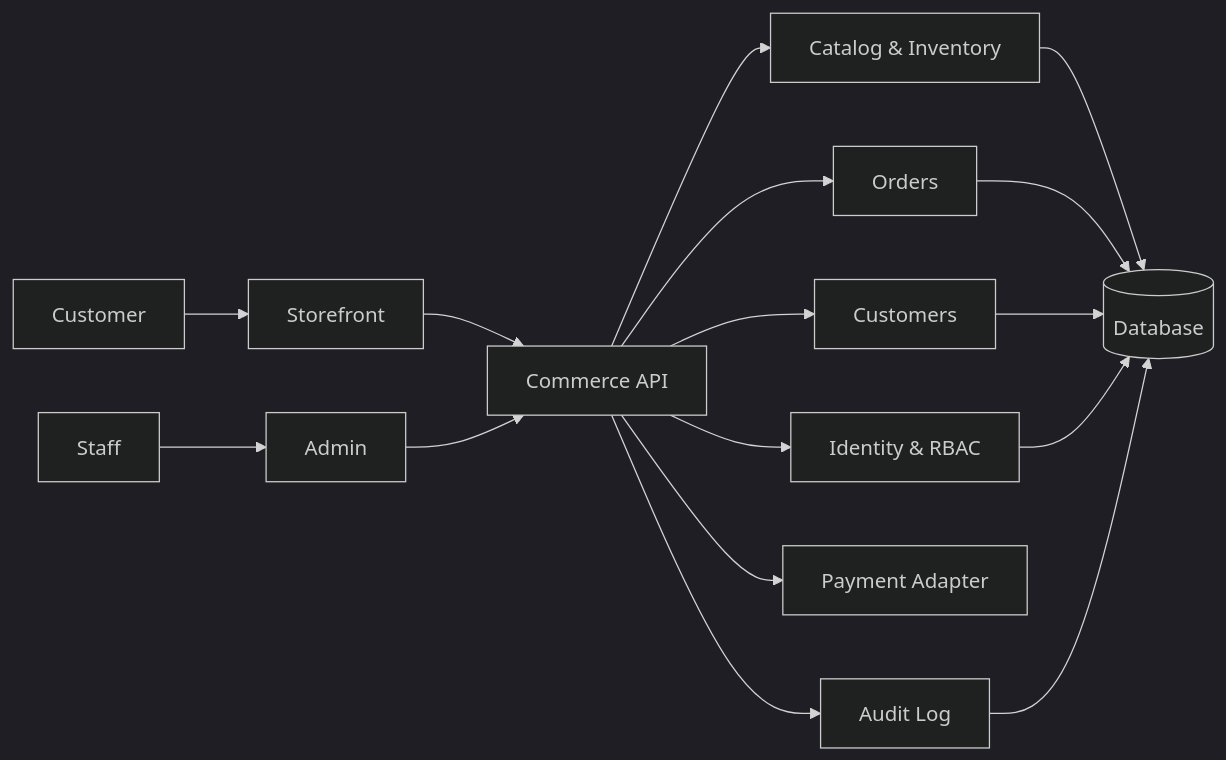
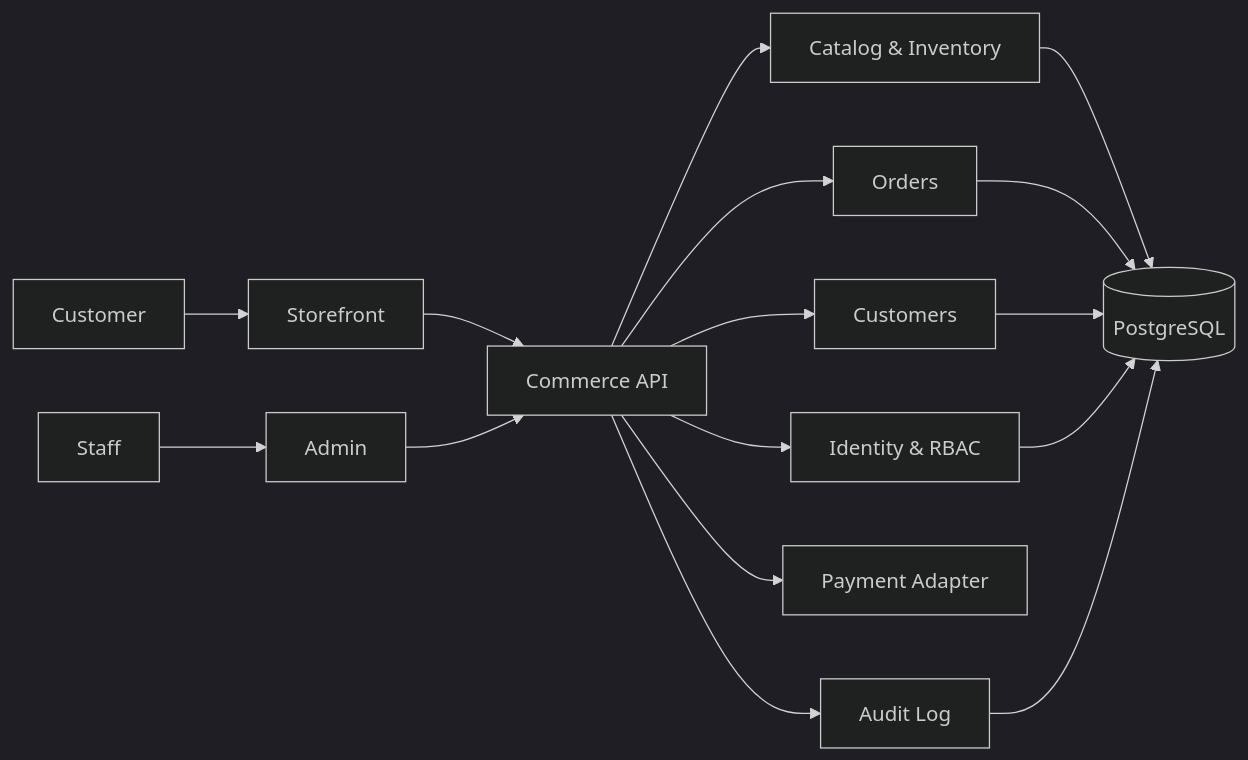
Before and after one commit to SamirNexus/Market: the second of 2 diagrams in docs/ARCHITECTURE.md, drawn with Mermaid (dark theme). The commit also changed other lines of this file, not shown here.

Commit message:
Define single-product production architecture

````diff
--- a/docs/ARCHITECTURE.md
+++ b/docs/ARCHITECTURE.md
@@ -31,21 +33,21 @@
 ```mermaid
 flowchart LR
   Customer --> Storefront
   Staff --> Admin
 
   Storefront --> API[Commerce API]
   Admin --> API
 
   API --> Auth[Identity & RBAC]
   API --> Catalog[Catalog & Inventory]
   API --> Orders[Orders]
   API --> Customers[Customers]
   API --> Payments[Payment Adapter]
   API --> Audit[Audit Log]
 
-  Catalog --> DB[(Database)]
+  Catalog --> DB[(PostgreSQL)]
   Orders --> DB
   Customers --> DB
   Auth --> DB
   Audit --> DB
 ```
````
